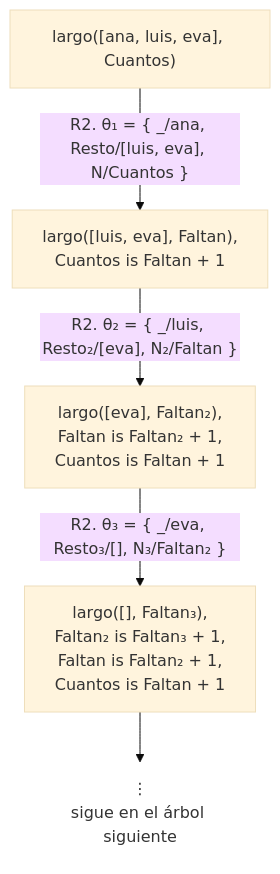
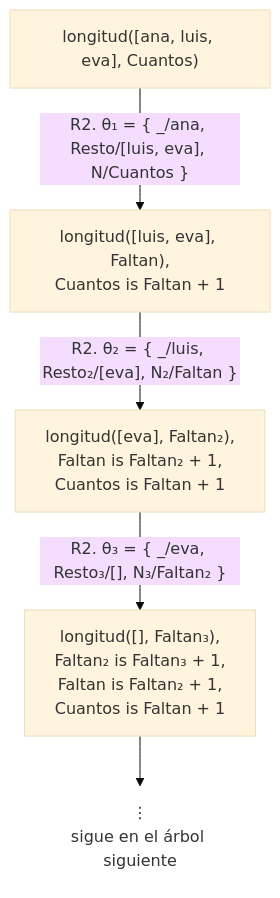
Before and after one commit to CesarBallardini/curso-de-prolog: the fifth of 10 diagrams in docs/capitulo-07-listas/index.md, drawn with Mermaid (base theme). The commit also changed other lines of this file and 3274 other files, not shown here.

````diff
--- a/docs/capitulo-07-listas/index.md
+++ b/docs/capitulo-07-listas/index.md
@@ -350,9 +350,9 @@
 ```mermaid
 flowchart TD
-    A["largo([ana, luis, eva], Cuantos)"] -- "R2. θ₁ = {&nbsp;_/ana, Resto/[luis, eva], N/Cuantos&nbsp;}" --> B["largo([luis, eva], Faltan),<br/>Cuantos is Faltan + 1"]
-    B -- "R2. θ₂ = {&nbsp;_/luis, Resto₂/[eva], N₂/Faltan&nbsp;}" --> C["largo([eva], Faltan₂),<br/>Faltan is Faltan₂ + 1,<br/>Cuantos is Faltan + 1"]
-    C -- "R2. θ₃ = {&nbsp;_/eva, Resto₃/[], N₃/Faltan₂&nbsp;}" --> D["largo([], Faltan₃),<br/>Faltan₂ is Faltan₃ + 1,<br/>Faltan is Faltan₂ + 1,<br/>Cuantos is Faltan + 1"]
+    A["longitud([ana, luis, eva], Cuantos)"] -- "R2. θ₁ = {&nbsp;_/ana, Resto/[luis, eva], N/Cuantos&nbsp;}" --> B["longitud([luis, eva], Faltan),<br/>Cuantos is Faltan + 1"]
+    B -- "R2. θ₂ = {&nbsp;_/luis, Resto₂/[eva], N₂/Faltan&nbsp;}" --> C["longitud([eva], Faltan₂),<br/>Faltan is Faltan₂ + 1,<br/>Cuantos is Faltan + 1"]
+    C -- "R2. θ₃ = {&nbsp;_/eva, Resto₃/[], N₃/Faltan₂&nbsp;}" --> D["longitud([], Faltan₃),<br/>Faltan₂ is Faltan₃ + 1,<br/>Faltan is Faltan₂ + 1,<br/>Cuantos is Faltan + 1"]
     D --> V["⋮<br/>sigue en el árbol siguiente"]
     classDef abierto fill:none,stroke:none;
     class V abierto;
 ```
````
